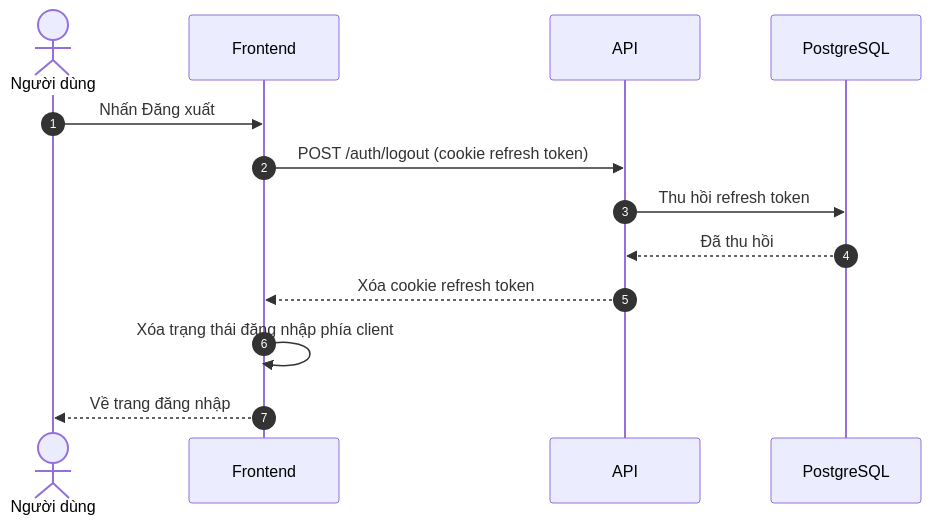
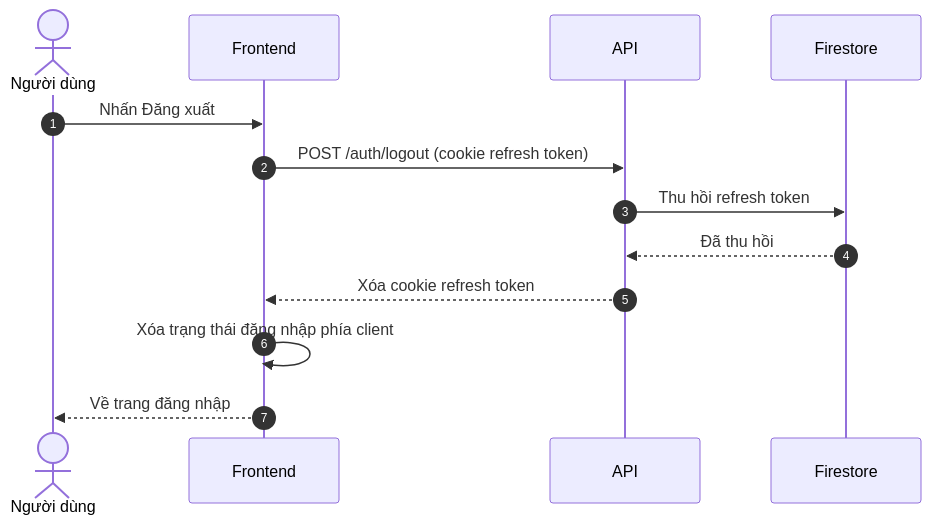
One commit to krisaleth/codepath changed the ninth of 13 diagrams in docs/sequence-diagram.md. Above: the diagram before and after it, drawn with Mermaid. The commit also changed other lines of this file and 9 other files, not shown here.

First line of the commit message:
docs: đổi cơ sở dữ liệu từ PostgreSQL và Prisma sang Cloud Firestore

````diff
--- a/docs/sequence-diagram.md
+++ b/docs/sequence-diagram.md
@@ -543,16 +554,16 @@
 ```mermaid
 sequenceDiagram
   autonumber
   actor U as Người dùng
   participant FE as Frontend
   participant API as API
-  participant DB as PostgreSQL
+  participant DB as Firestore
 
   U->>FE: Nhấn Đăng xuất
   FE->>API: POST /auth/logout (cookie refresh token)
   API->>DB: Thu hồi refresh token
   DB-->>API: Đã thu hồi
   API-->>FE: Xóa cookie refresh token
   FE->>FE: Xóa trạng thái đăng nhập phía client
   FE-->>U: Về trang đăng nhập
 ```
````
